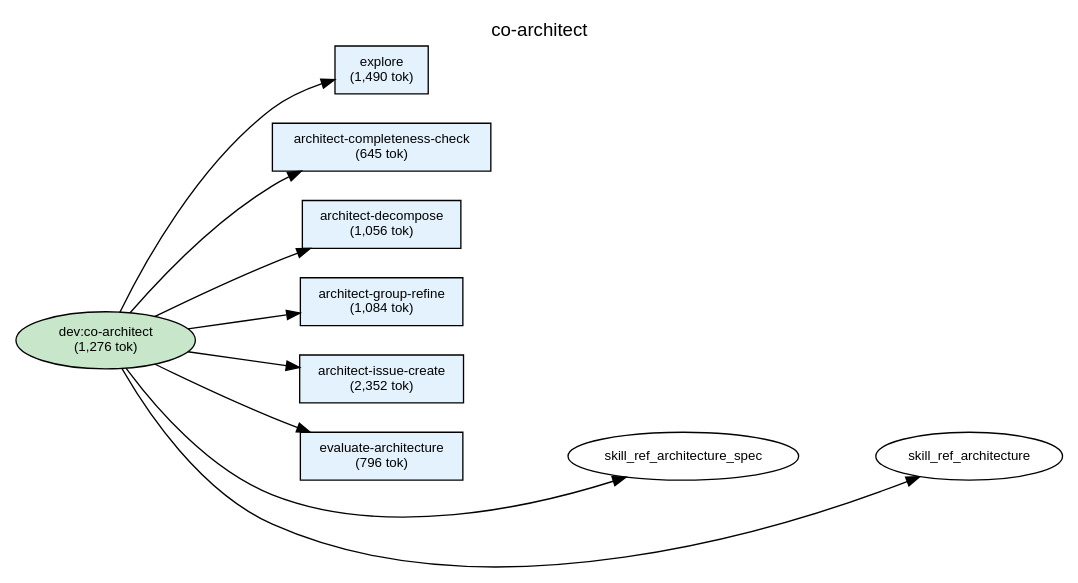
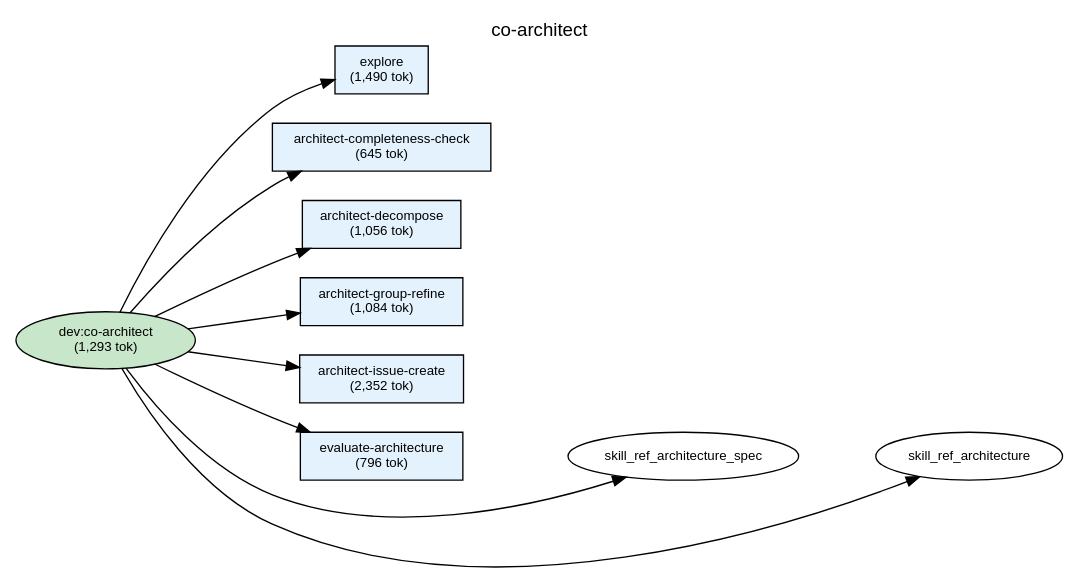
The diagram in plugins/dev/docs/deps-co-architect.dot (shuu5/twill), drawn with Graphviz before and after one commit. The commit also changed 28 other files, not shown here.

```diff
--- a/plugins/dev/docs/deps-co-architect.dot
+++ b/plugins/dev/docs/deps-co-architect.dot
@@ -1,61 +1,61 @@
 digraph Dependencies {
     // Graph settings
     rankdir=LR;
     ranksep=0.8;
     nodesep=0.3;
     fontname="Helvetica";
     node [fontname="Helvetica", fontsize=10];
     edge [fontname="Helvetica", fontsize=9];
     label="co-architect";
     labelloc=t;
     fontsize=14;
 
     // L0: Controller Skills
-    skill_co_architect [label="dev:co-architect\n(1,276 tok)", shape=ellipse, style=filled, fillcolor="#c8e6c9"];
+    skill_co_architect [label="dev:co-architect\n(1,293 tok)", shape=ellipse, style=filled, fillcolor="#c8e6c9"];
 
     // L0: Launchers
 
     // L0.5: Workflow Skills
 
     // Reference Skills
 
     // L1: Direct Commands
     cmd_architect_completeness_check [label="architect-completeness-check\n(645 tok)", shape=box, style=filled, fillcolor="#e3f2fd"];
     cmd_architect_decompose [label="architect-decompose\n(1,056 tok)", shape=box, style=filled, fillcolor="#e3f2fd"];
     cmd_architect_group_refine [label="architect-group-refine\n(1,084 tok)", shape=box, style=filled, fillcolor="#e3f2fd"];
     cmd_architect_issue_create [label="architect-issue-create\n(2,352 tok)", shape=box, style=filled, fillcolor="#e3f2fd"];
     cmd_evaluate_architecture [label="evaluate-architecture\n(796 tok)", shape=box, style=filled, fillcolor="#e3f2fd"];
     cmd_explore [label="explore\n(1,490 tok)", shape=box, style=filled, fillcolor="#e3f2fd"];
 
     // L2: Sub Commands
 
     // L3: Agents
 
     // L3.5: Scripts
 
     // L4: External
 
     // Layer constraints
     { rank=same; skill_co_architect; }
     { rank=same; cmd_architect_completeness_check; cmd_architect_decompose; cmd_architect_group_refine; cmd_architect_issue_create; cmd_evaluate_architecture; cmd_explore; }
 
     // Edges
     skill_co_architect -> cmd_explore;
     skill_co_architect -> cmd_architect_completeness_check;
     skill_co_architect -> cmd_architect_decompose;
     skill_co_architect -> cmd_architect_group_refine;
     skill_co_architect -> cmd_architect_issue_create;
     skill_co_architect -> cmd_evaluate_architecture;
     skill_co_architect -> skill_ref_architecture_spec;
     skill_co_architect -> skill_ref_architecture;
 
     // Ordering constraints (invisible edges)
     cmd_explore -> cmd_architect_completeness_check [style=invis, weight=10];
     cmd_architect_completeness_check -> cmd_architect_decompose [style=invis, weight=10];
     cmd_architect_decompose -> cmd_architect_group_refine [style=invis, weight=10];
     cmd_architect_group_refine -> cmd_architect_issue_create [style=invis, weight=10];
     cmd_architect_issue_create -> cmd_evaluate_architecture [style=invis, weight=10];
     cmd_evaluate_architecture -> skill_ref_architecture_spec [style=invis, weight=10];
     skill_ref_architecture_spec -> skill_ref_architecture [style=invis, weight=10];
 
 }
```
